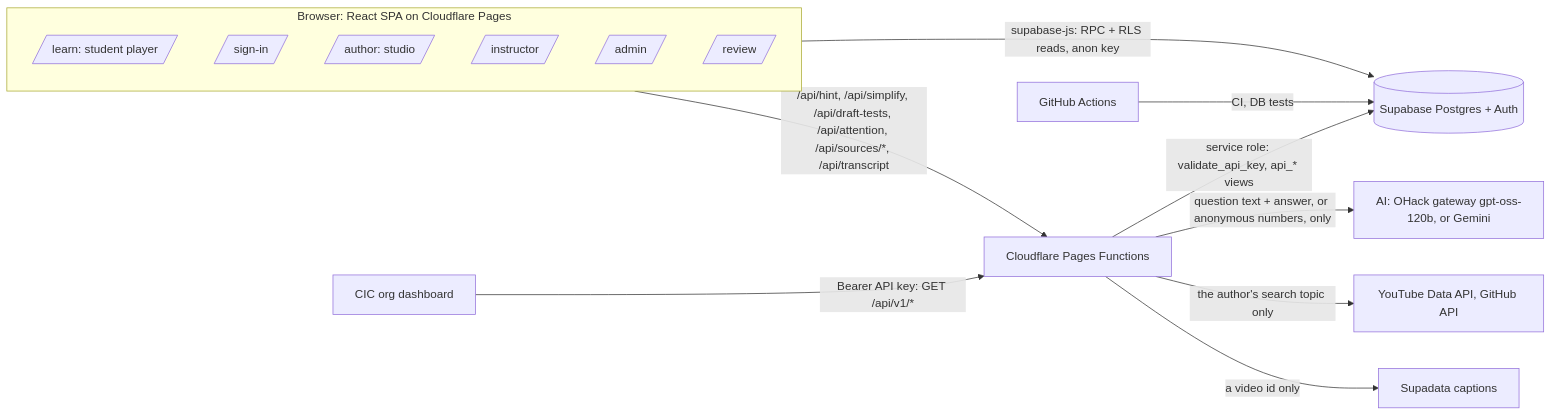
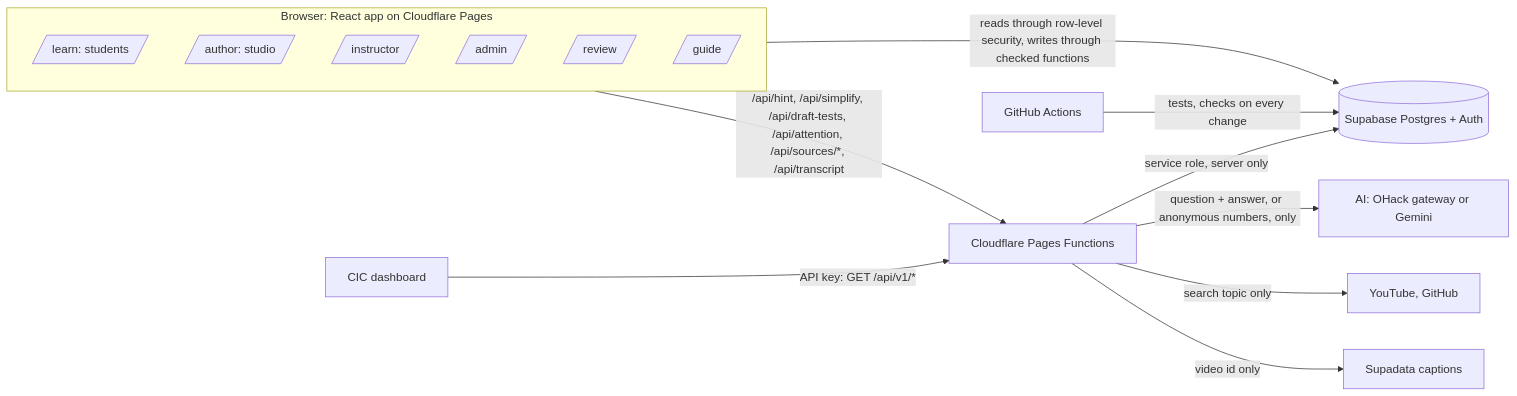
The diagram in README.md (2026-Arizona-Opportunity-Hack/DJKKU-CodinginColor), drawn with Mermaid before and after one commit. The commit also changed other lines of this file and 3 other files, not shown here.

First line of the commit message:
Rewrite the README for judges and CIC, and add the complete guide PDF

````diff
--- a/README.md
+++ b/README.md
@@ -122,19 +359,19 @@
 ```mermaid
 flowchart LR
-  subgraph Browser [Browser: React SPA on Cloudflare Pages]
-    P[/learn: student player/]
-    S[/sign-in/]
+  subgraph Browser [Browser: React app on Cloudflare Pages]
+    P[/learn: students/]
     A[/author: studio/]
     I[/instructor/]
     AD[/admin/]
     R[/review/]
+    G[/guide/]
   end
-  Browser -->|supabase-js: RPC + RLS reads, anon key| DB[(Supabase Postgres + Auth)]
+  Browser -->|reads through row-level security, writes through checked functions| DB[(Supabase Postgres + Auth)]
   Browser -->|/api/hint, /api/simplify, /api/draft-tests, /api/attention, /api/sources/*, /api/transcript| F[Cloudflare Pages Functions]
-  CIC[CIC org dashboard] -->|Bearer API key: GET /api/v1/*| F
-  F -->|service role: validate_api_key, api_* views| DB
-  F -->|question text + answer, or anonymous numbers, only| G[AI: OHack gateway gpt-oss-120b, or Gemini]
-  F -->|the author's search topic only| SRC[YouTube Data API, GitHub API]
-  F -->|a video id only| SUP[Supadata captions]
-  GH[GitHub Actions] -->|CI, DB tests| DB
+  CIC[CIC dashboard] -->|API key: GET /api/v1/*| F
+  F -->|service role, server only| DB
+  F -->|question + answer, or anonymous numbers, only| AI[AI: OHack gateway or Gemini]
+  F -->|search topic only| SRC[YouTube, GitHub]
+  F -->|video id only| SUP[Supadata captions]
+  GH[GitHub Actions] -->|tests, checks on every change| DB
 ```
````
